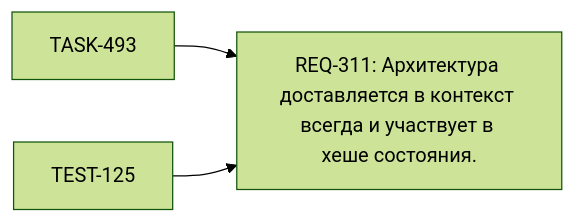
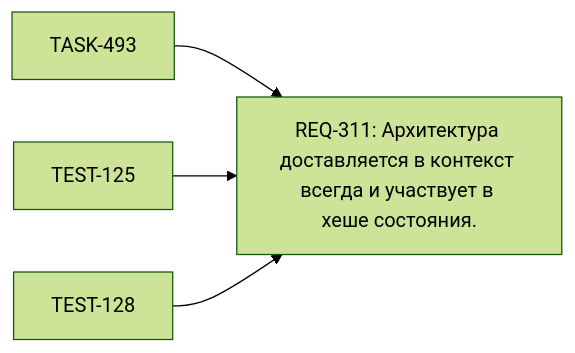
The diagram in state/views/map/REQ-311.mmd (VanUST/dsh-vanust), drawn with Mermaid (forest theme) before and after one commit. The commit also changed 51 other files, not shown here.

Commit message:
One restart: the consultation gate on the architectureImpact flag, the feed's honesty about what it delivers, and the architect who writes its own decision

```diff
--- a/state/views/map/REQ-311.mmd
+++ b/state/views/map/REQ-311.mmd
@@ -1,5 +1,6 @@
 %% GENERATED — DO NOT EDIT. REQ REQ-311
 graph LR
   REQ_311["REQ-311: Архитектура доставляется в контекст всегда и участвует в хеше состояния."]
   TASK_493["TASK-493"] --> REQ_311
   TEST_125["TEST-125"] --> REQ_311
+  TEST_128["TEST-128"] --> REQ_311
```
